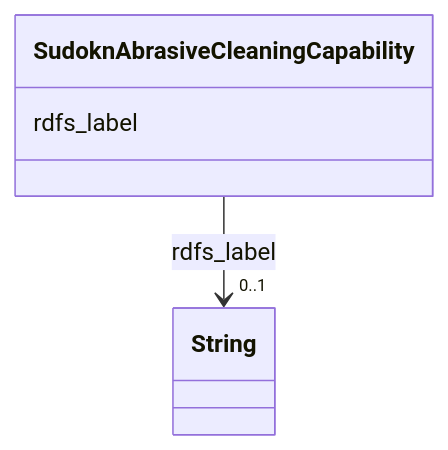
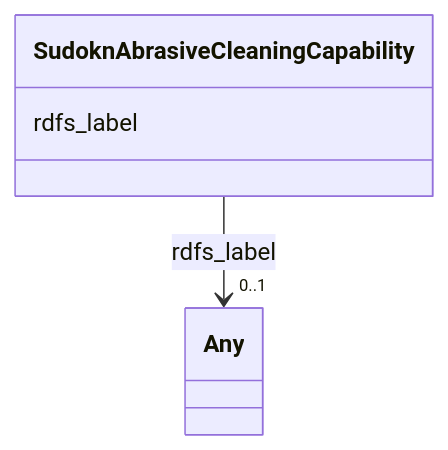
The diagram in sudokn-kg/classes/SudoknAbrasiveCleaningCapability.md (frink-okn/graph-descriptions), drawn with Mermaid before and after one commit. The commit also changed other lines of this file and 903 other files, not shown here.

````diff
--- a/sudokn-kg/classes/SudoknAbrasiveCleaningCapability.md
+++ b/sudokn-kg/classes/SudoknAbrasiveCleaningCapability.md
@@ -23,15 +18,15 @@
 ```mermaid
  classDiagram
     class SudoknAbrasiveCleaningCapability
     click SudoknAbrasiveCleaningCapability href "../SudoknAbrasiveCleaningCapability"
       SudoknAbrasiveCleaningCapability : rdfs_label
         
           
     
     
-    SudoknAbrasiveCleaningCapability --> "0..1" String : rdfs_label
-    click String href "../String"
+    SudoknAbrasiveCleaningCapability --> "0..1" Any : rdfs_label
+    click Any href "../Any"
 
         
       
 ```
````
